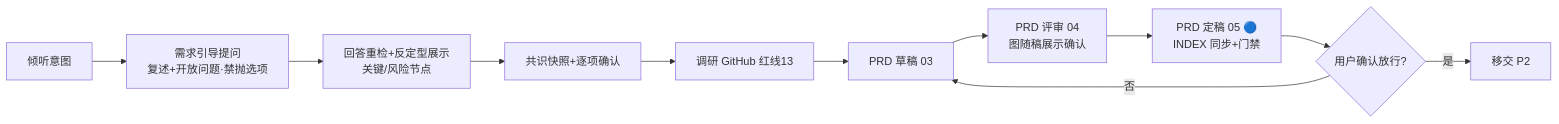
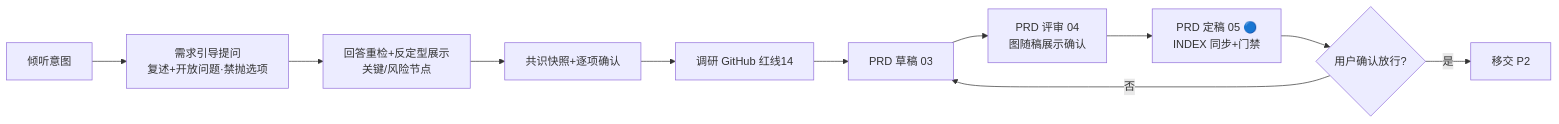
The second of 14 diagrams in docs/FLOW.md (The-Daybreaker/project-spec), drawn with Mermaid before and after one commit. The commit also changed other lines of this file and 48 other files, not shown here.

````diff
--- a/docs/FLOW.md
+++ b/docs/FLOW.md
@@ -35,13 +35,13 @@
 ```mermaid
 flowchart LR
     A[倾听意图] --> B[需求引导提问<br/>复述+开放问题·禁抛选项]
     B --> C[回答重检+反定型展示<br/>关键/风险节点]
     C --> D[共识快照+逐项确认]
-    D --> E[调研 GitHub 红线13]
+    D --> E[调研 GitHub 红线14]
     E --> F[PRD 草稿 03]
     F --> G[PRD 评审 04<br/>图随稿展示确认]
     G --> H[PRD 定稿 05 🔵<br/>INDEX 同步+门禁]
     H --> I{用户确认放行?}
     I -->|是| J[移交 P2]
     I -->|否| F
 ```
````
